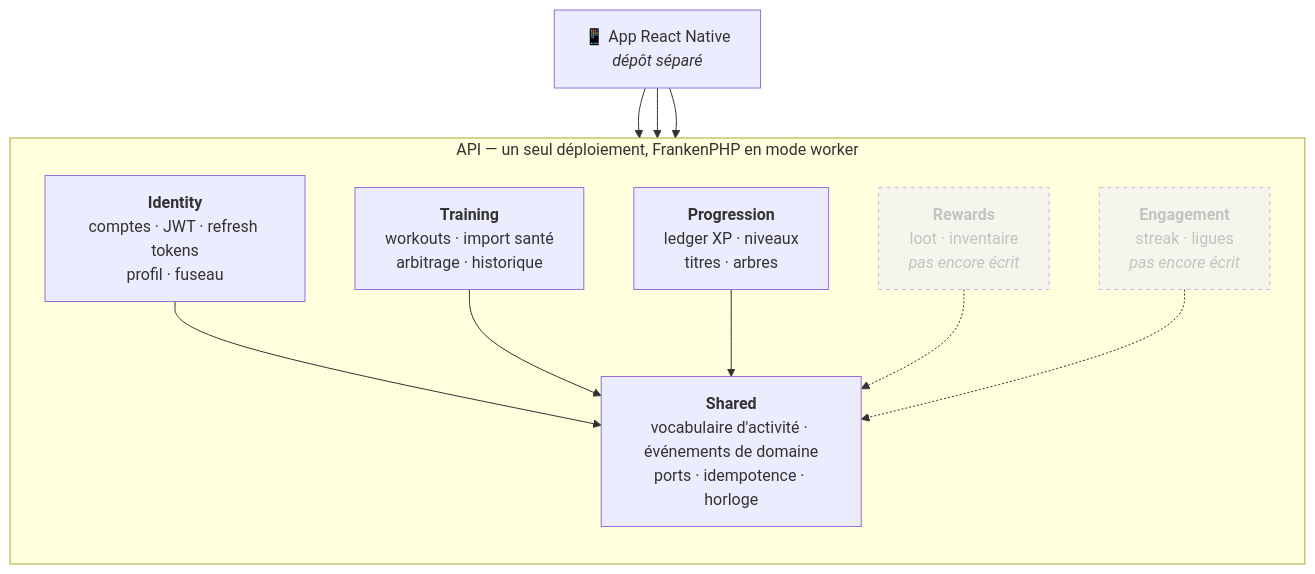
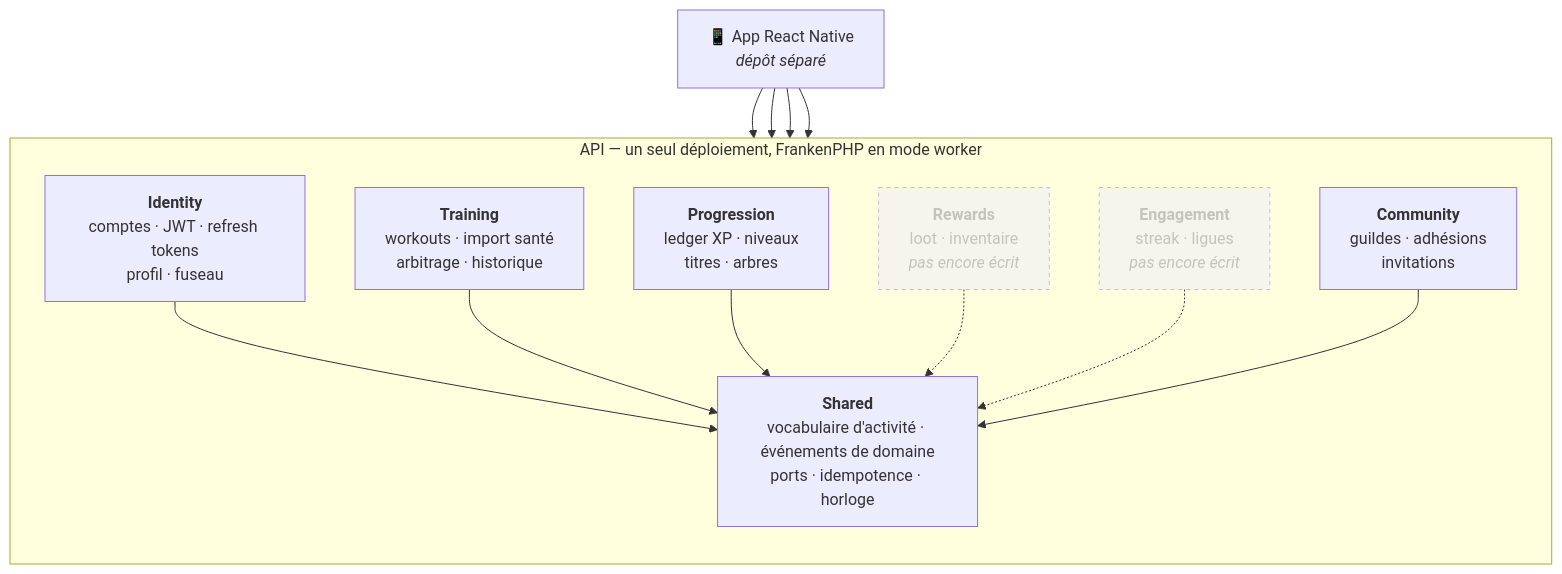
The first of 13 diagrams in ARCHITECTURE.md (younesdiouri/grrind-back), drawn with Mermaid before and after one commit. The commit also changed other lines of this file and 22 other files, not shown here.

````diff
--- a/ARCHITECTURE.md
+++ b/ARCHITECTURE.md
@@ -24,27 +24,30 @@
 ```mermaid
 flowchart TB
     app["📱 App React Native<br/><i>dépôt séparé</i>"]
 
     subgraph api["API — un seul déploiement, FrankenPHP en mode worker"]
         direction TB
         identity["<b>Identity</b><br/>comptes · JWT · refresh tokens<br/>profil · fuseau"]
         training["<b>Training</b><br/>workouts · import santé<br/>arbitrage · historique"]
         progression["<b>Progression</b><br/>ledger XP · niveaux<br/>titres · arbres"]
         rewards["<b>Rewards</b><br/>loot · inventaire<br/><i>pas encore écrit</i>"]
         engagement["<b>Engagement</b><br/>streak · ligues<br/><i>pas encore écrit</i>"]
+        community["<b>Community</b><br/>guildes · adhésions<br/>invitations"]
         shared["<b>Shared</b><br/>vocabulaire d'activité · événements de domaine<br/>ports · idempotence · horloge"]
     end
 
     app --> identity
     app --> training
     app --> progression
+    app --> community
 
     identity --> shared
     training --> shared
     progression --> shared
     rewards -.-> shared
     engagement -.-> shared
+    community --> shared
 
     classDef todo stroke-dasharray:4 4,opacity:0.5
     class rewards,engagement todo
 ```
````
